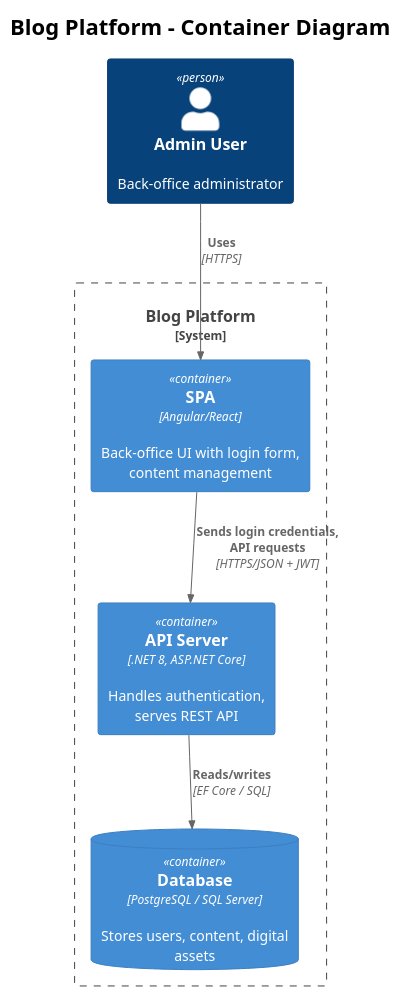
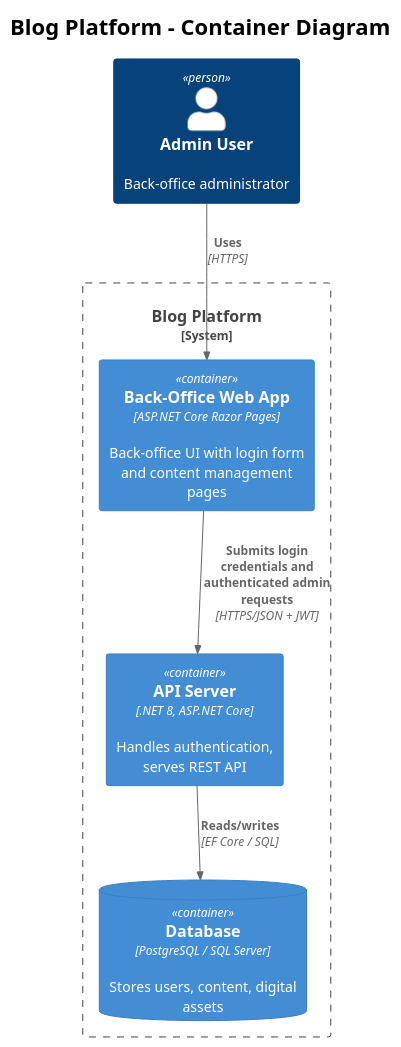
Before and after one commit to QuinntyneBrown/Blog: the diagram in docs/detailed-designs/01-authentication/diagrams/c4_container.puml, drawn with PlantUML. The commit also changed 18 other files, not shown here.

```diff
--- a/docs/detailed-designs/01-authentication/diagrams/c4_container.puml
+++ b/docs/detailed-designs/01-authentication/diagrams/c4_container.puml
@@ -1,19 +1,19 @@
 @startuml c4_container
 !theme plain
 !include <C4/C4_Container>
 
 title Blog Platform - Container Diagram
 
 Person(admin, "Admin User", "Back-office administrator")
 
 System_Boundary(blog, "Blog Platform") {
-    Container(spa, "SPA", "Angular/React", "Back-office UI with login form, content management")
+    Container(web, "Back-Office Web App", "ASP.NET Core Razor Pages", "Back-office UI with login form and content management pages")
     Container(api, "API Server", ".NET 8, ASP.NET Core", "Handles authentication, serves REST API")
     ContainerDb(db, "Database", "PostgreSQL / SQL Server", "Stores users, content, digital assets")
 }
 
-Rel(admin, spa, "Uses", "HTTPS")
-Rel(spa, api, "Sends login credentials, API requests", "HTTPS/JSON + JWT")
+Rel(admin, web, "Uses", "HTTPS")
+Rel(web, api, "Submits login credentials and authenticated admin requests", "HTTPS/JSON + JWT")
 Rel(api, db, "Reads/writes", "EF Core / SQL")
 
 @enduml
```
